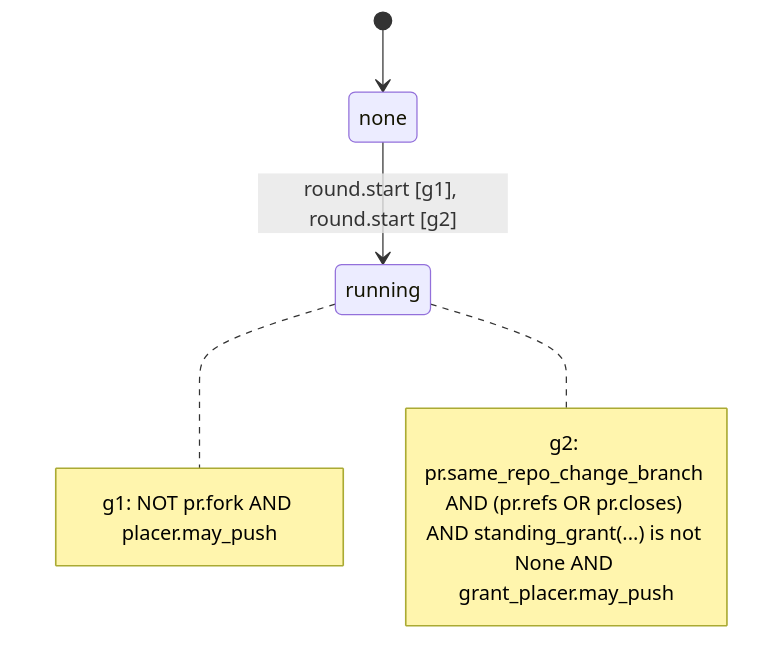
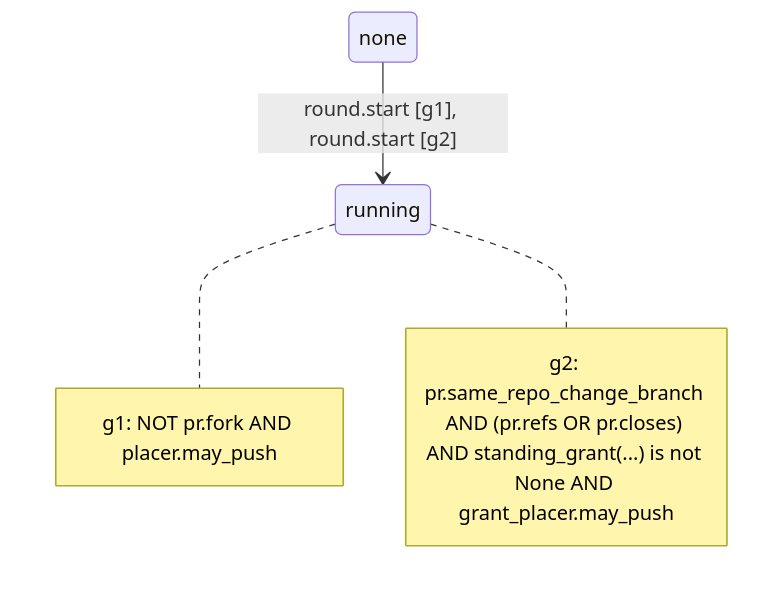
Before and after one commit to kostiantyn-matsebora/agent-ops-operator: the diagram in .github/conveyor-model/mermaid/conveyor_fix.mmd, drawn with Mermaid. The commit also changed 6 other files, not shown here.

First line of the commit message:
fix(conveyor): loop is the PR's own workflow, symmetric with conveyor:*

```diff
--- a/.github/conveyor-model/mermaid/conveyor_fix.mmd
+++ b/.github/conveyor-model/mermaid/conveyor_fix.mmd
@@ -1,11 +1,11 @@
 stateDiagram-v2
-    [*] --> none
+    %% no single initial state: this conveyor's real trigger fires identically from most of its own states once its guard holds
     state none
     state running
     none --> running : round.start [g1], round.start [g2]
     note right of running
         g1: NOT pr.fork AND placer.may_push
     end note
     note right of running
         g2: pr.same_repo_change_branch AND (pr.refs OR pr.closes) AND standing_grant(...) is not None AND grant_placer.may_push
     end note
```
